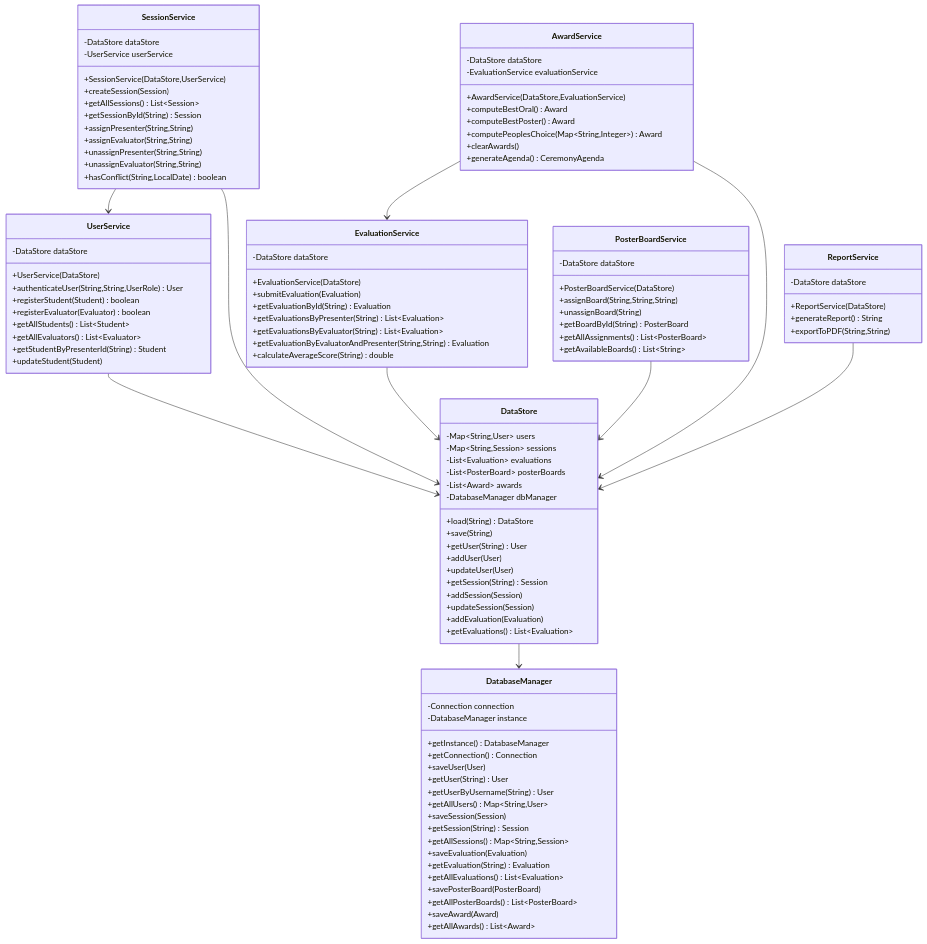
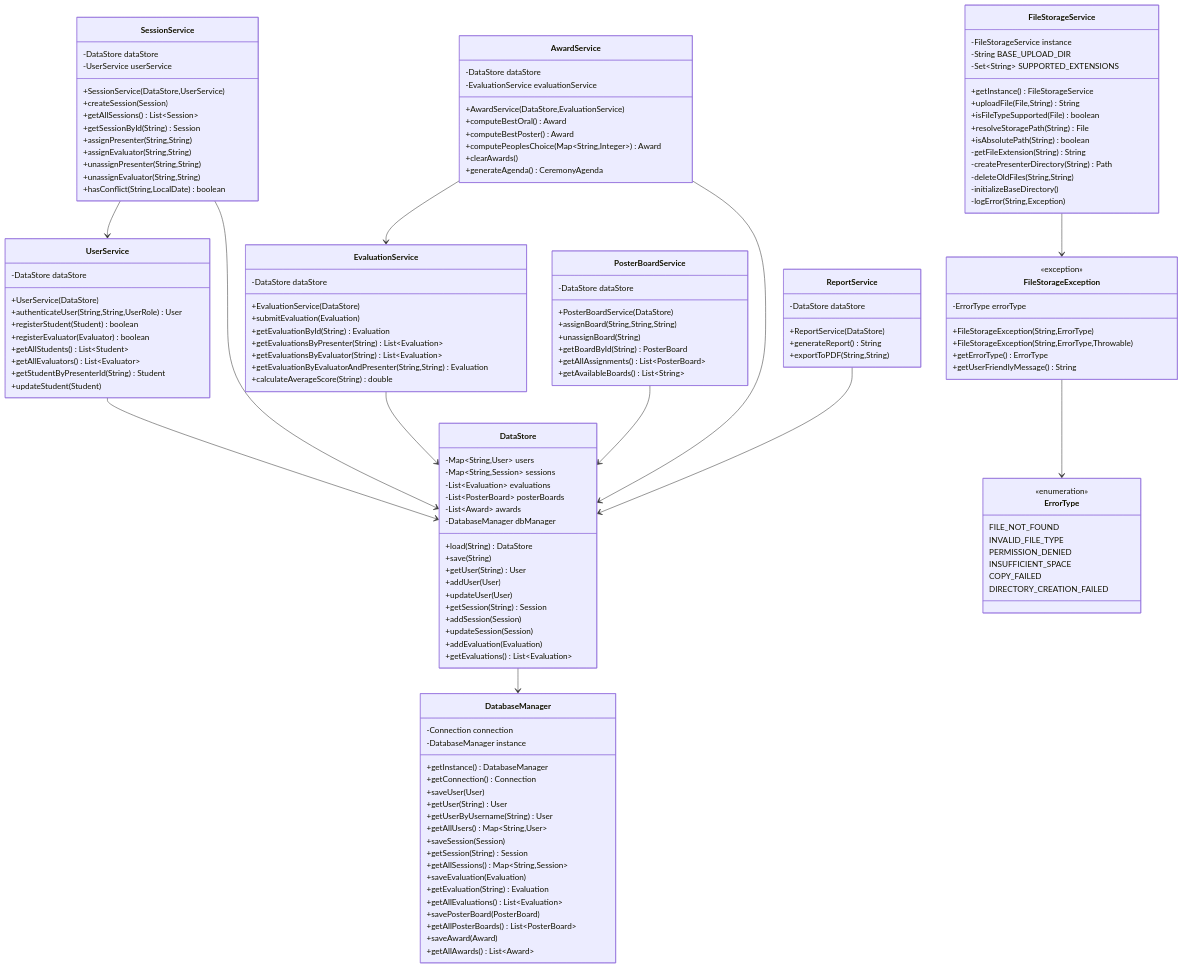
Before and after one commit to Jinyuanmak/OOAD-Lab-Exercise: the second of 12 diagrams in UML_DIAGRAMS.md, drawn with Mermaid. The commit also changed other lines of this file and 89 other files, not shown here.

````diff
--- a/UML_DIAGRAMS.md
+++ b/UML_DIAGRAMS.md
@@ -278,6 +278,41 @@
         +exportToPDF(String,String)
     }
     
+    class FileStorageService {
+        -FileStorageService instance
+        -String BASE_UPLOAD_DIR
+        -Set~String~ SUPPORTED_EXTENSIONS
+        +getInstance() FileStorageService
+        +uploadFile(File,String) String
+        +isFileTypeSupported(File) boolean
+        +resolveStoragePath(String) File
+        +isAbsolutePath(String) boolean
+        -getFileExtension(String) String
+        -createPresenterDirectory(String) Path
+        -deleteOldFiles(String,String)
+        -initializeBaseDirectory()
+        -logError(String,Exception)
+    }
+    
+    class FileStorageException {
+        <<exception>>
+        -ErrorType errorType
+        +FileStorageException(String,ErrorType)
+        +FileStorageException(String,ErrorType,Throwable)
+        +getErrorType() ErrorType
+        +getUserFriendlyMessage() String
+    }
+    
+    class ErrorType {
+        <<enumeration>>
+        FILE_NOT_FOUND
+        INVALID_FILE_TYPE
+        PERMISSION_DENIED
+        INSUFFICIENT_SPACE
+        COPY_FAILED
+        DIRECTORY_CREATION_FAILED
+    }
+    
     DataStore --> DatabaseManager
     UserService --> DataStore
     SessionService --> DataStore
@@ -287,4 +322,6 @@
     AwardService --> DataStore
     AwardService --> EvaluationService
     ReportService --> DataStore
+    FileStorageService --> FileStorageException
+    FileStorageException --> ErrorType
 ```
````
